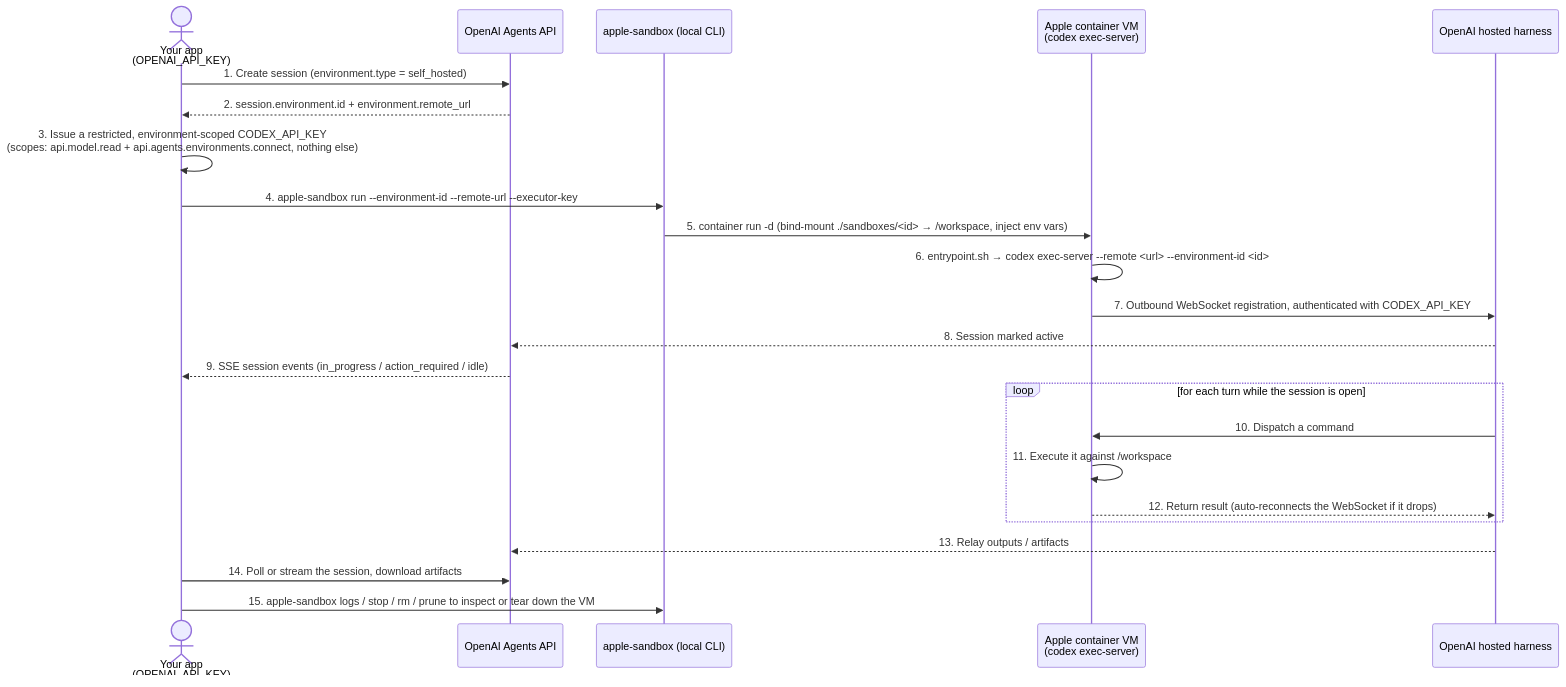
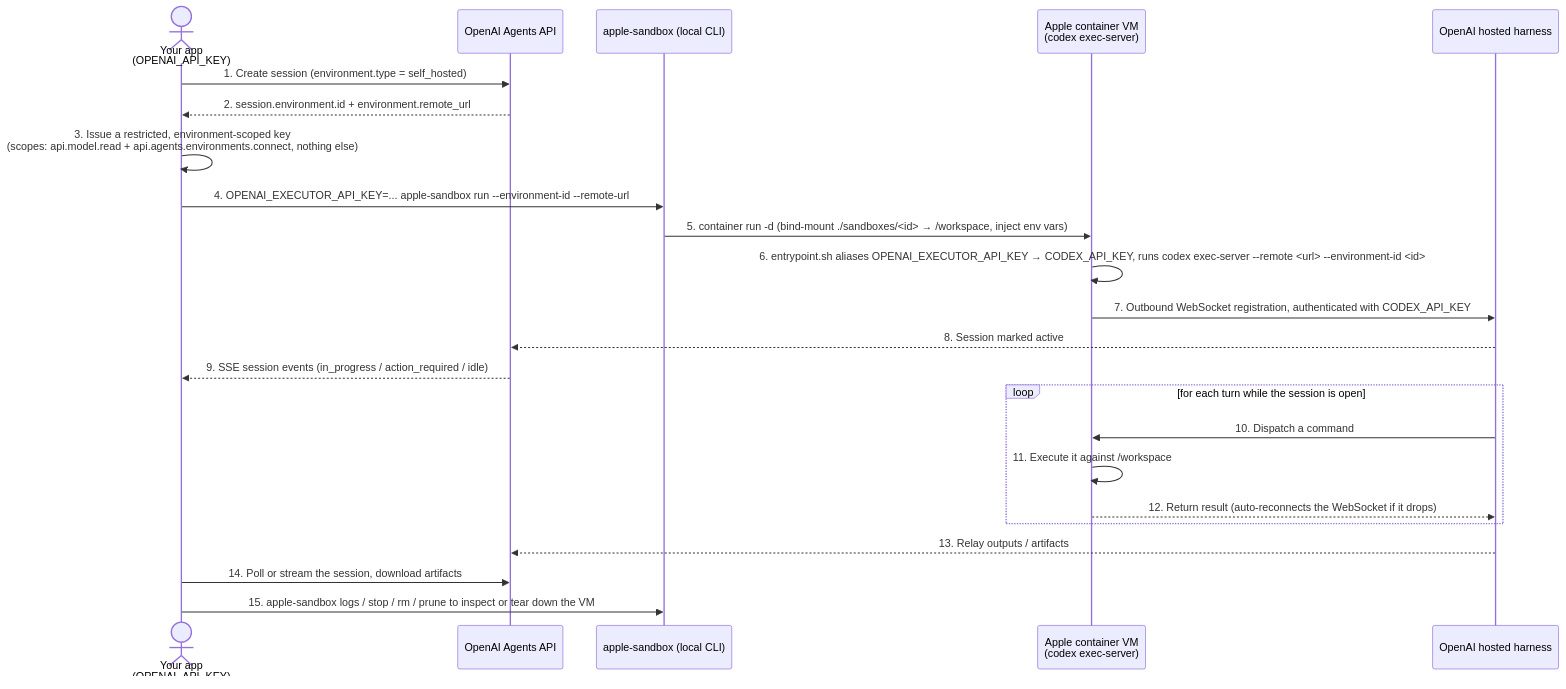
One commit to sugarforever/apple-sandbox changed the second of 3 diagrams in README.md. Above: the diagram before and after it, drawn with Mermaid. The commit also changed other lines of this file and 3 other files, not shown here.

First line of the commit message:
Unify executor key naming as OPENAI_EXECUTOR_API_KEY end to end

````diff
--- a/README.md
+++ b/README.md
@@ -297,28 +303,28 @@
 ```mermaid
 sequenceDiagram
     actor App as Your app<br/>(OPENAI_API_KEY)
     participant Agents as OpenAI Agents API
     participant CLI as apple-sandbox (local CLI)
     participant VM as Apple container VM<br/>(codex exec-server)
     participant Harness as OpenAI hosted harness
 
     App->>Agents: 1. Create session (environment.type = self_hosted)
     Agents-->>App: 2. session.environment.id + environment.remote_url
-    App->>App: 3. Issue a restricted, environment-scoped CODEX_API_KEY<br/>(scopes: api.model.read + api.agents.environments.connect, nothing else)
-    App->>CLI: 4. apple-sandbox run --environment-id --remote-url --executor-key
+    App->>App: 3. Issue a restricted, environment-scoped key<br/>(scopes: api.model.read + api.agents.environments.connect, nothing else)
+    App->>CLI: 4. OPENAI_EXECUTOR_API_KEY=... apple-sandbox run --environment-id --remote-url
     CLI->>VM: 5. container run -d (bind-mount ./sandboxes/<id> → /workspace, inject env vars)
-    VM->>VM: 6. entrypoint.sh → codex exec-server --remote <url> --environment-id <id>
+    VM->>VM: 6. entrypoint.sh aliases OPENAI_EXECUTOR_API_KEY → CODEX_API_KEY, runs codex exec-server --remote <url> --environment-id <id>
     VM->>Harness: 7. Outbound WebSocket registration, authenticated with CODEX_API_KEY
     Harness-->>Agents: 8. Session marked active
     Agents-->>App: 9. SSE session events (in_progress / action_required / idle)
 
     loop for each turn while the session is open
         Harness->>VM: 10. Dispatch a command
         VM->>VM: 11. Execute it against /workspace
         VM-->>Harness: 12. Return result (auto-reconnects the WebSocket if it drops)
     end
 
     Harness-->>Agents: 13. Relay outputs / artifacts
     App->>Agents: 14. Poll or stream the session, download artifacts
     App->>CLI: 15. apple-sandbox logs / stop / rm / prune to inspect or tear down the VM
 ```
````
